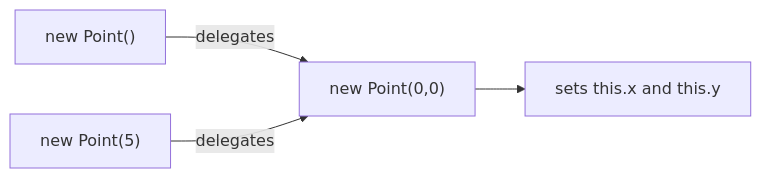
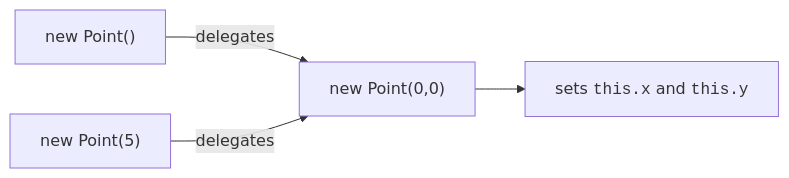
Before and after one commit to dataslope/dataslope: the second of 3 diagrams in content/learn/oop-blueprint-java/constructors-and-state.mdx, drawn with Mermaid. The commit also changed other lines of this file and 100 other files, not shown here.

First line of the commit message:
Wrap more code in diagram labels: filenames, hex, assignments, subgraph titles

````diff
--- a/content/learn/oop-blueprint-java/constructors-and-state.mdx
+++ b/content/learn/oop-blueprint-java/constructors-and-state.mdx
@@ -134,6 +134,6 @@
 ```mermaid
 flowchart LR
     A["new Point()"] -->|delegates| C["new Point(0,0)"]
     B["new Point(5)"] -->|delegates| C
-    C --> S["sets this.x and this.y"]
+    C --> S["sets <code>this.x</code> and <code>this.y</code>"]
 ```
````
